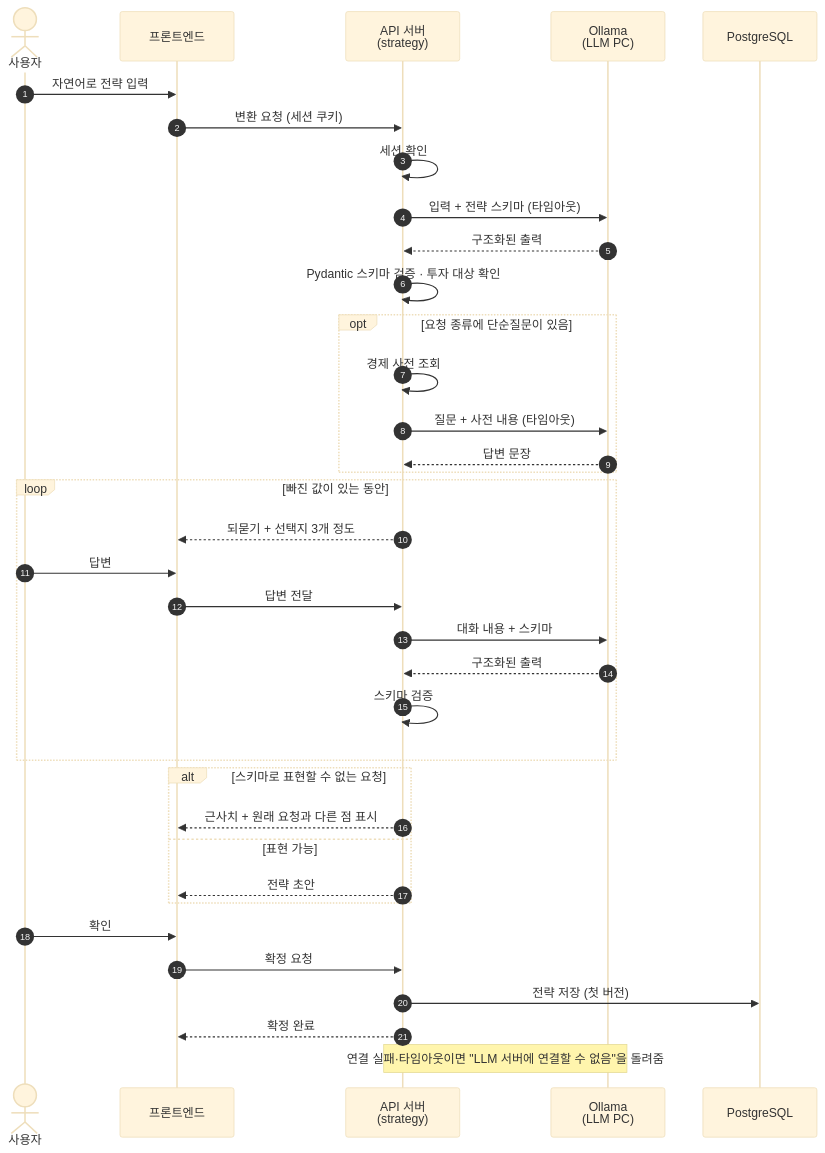
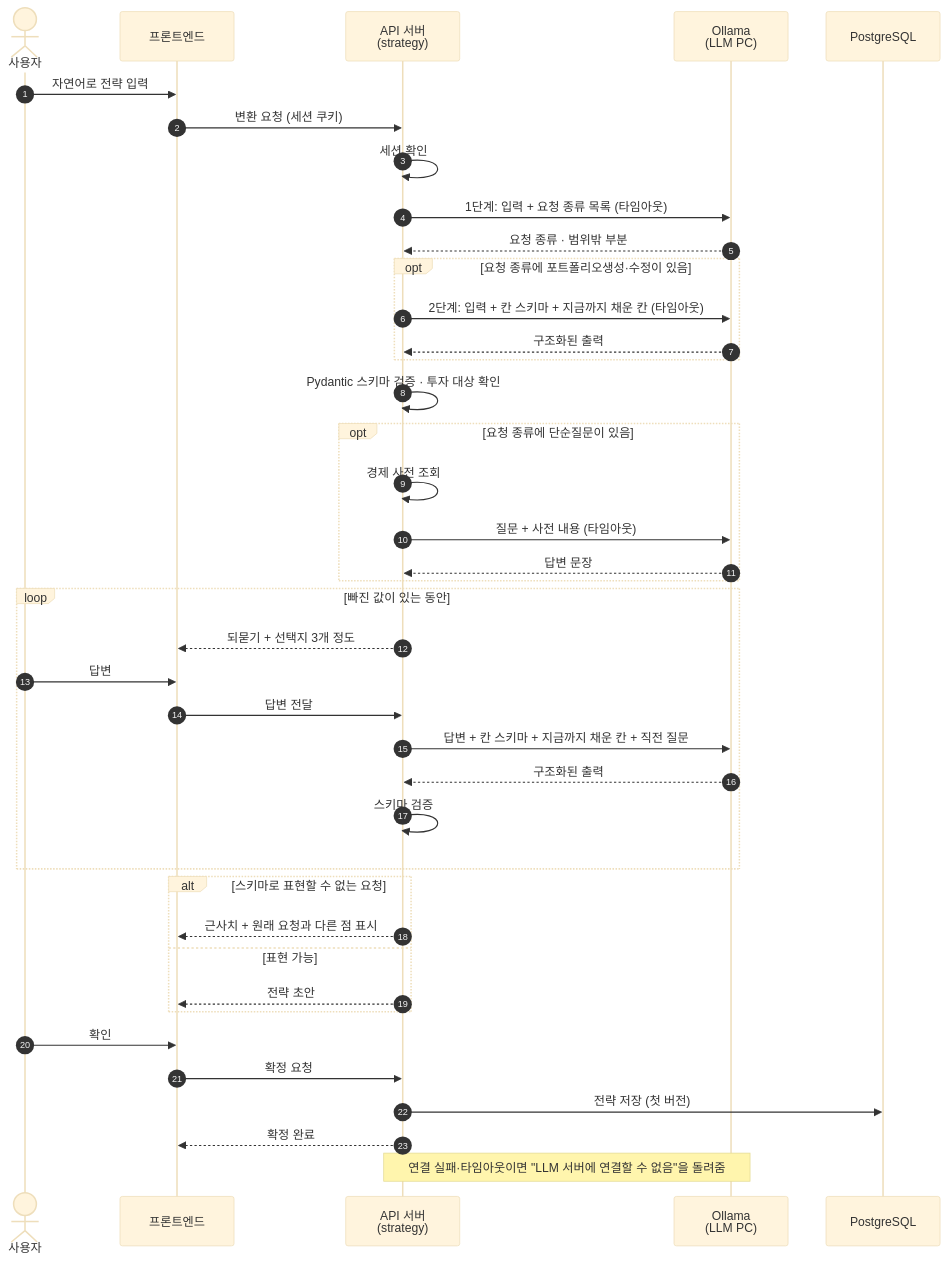
Before and after one commit to tukorea-capston-project/etf-rebalancing: the second of 3 diagrams in docs/architecture.md, drawn with Mermaid (base theme). The commit also changed other lines of this file and 6 other files, not shown here.

````diff
--- a/docs/architecture.md
+++ b/docs/architecture.md
@@ -192,44 +192,48 @@
 ```mermaid
 sequenceDiagram
     autonumber
     actor U as 사용자
     participant FE as 프론트엔드
     participant API as API 서버<br/>(strategy)
     participant LLM as Ollama<br/>(LLM PC)
     participant DB as PostgreSQL
 
     U->>FE: 자연어로 전략 입력
     FE->>API: 변환 요청 (세션 쿠키)
     API->>API: 세션 확인
-    API->>LLM: 입력 + 전략 스키마 (타임아웃)
-    LLM-->>API: 구조화된 출력
+    API->>LLM: 1단계: 입력 + 요청 종류 목록 (타임아웃)
+    LLM-->>API: 요청 종류 · 범위밖 부분
+    opt 요청 종류에 포트폴리오생성·수정이 있음
+        API->>LLM: 2단계: 입력 + 칸 스키마 + 지금까지 채운 칸 (타임아웃)
+        LLM-->>API: 구조화된 출력
+    end
     API->>API: Pydantic 스키마 검증 · 투자 대상 확인
 
     opt 요청 종류에 단순질문이 있음
         API->>API: 경제 사전 조회
         API->>LLM: 질문 + 사전 내용 (타임아웃)
         LLM-->>API: 답변 문장
     end
 
     loop 빠진 값이 있는 동안
         API-->>FE: 되묻기 + 선택지 3개 정도
         U->>FE: 답변
         FE->>API: 답변 전달
-        API->>LLM: 대화 내용 + 스키마
+        API->>LLM: 답변 + 칸 스키마 + 지금까지 채운 칸 + 직전 질문
         LLM-->>API: 구조화된 출력
         API->>API: 스키마 검증
     end
 
     alt 스키마로 표현할 수 없는 요청
         API-->>FE: 근사치 + 원래 요청과 다른 점 표시
     else 표현 가능
         API-->>FE: 전략 초안
     end
 
     U->>FE: 확인
     FE->>API: 확정 요청
     API->>DB: 전략 저장 (첫 버전)
     API-->>FE: 확정 완료
 
     Note over API,LLM: 연결 실패·타임아웃이면 "LLM 서버에 연결할 수 없음"을 돌려줌
 ```
````
